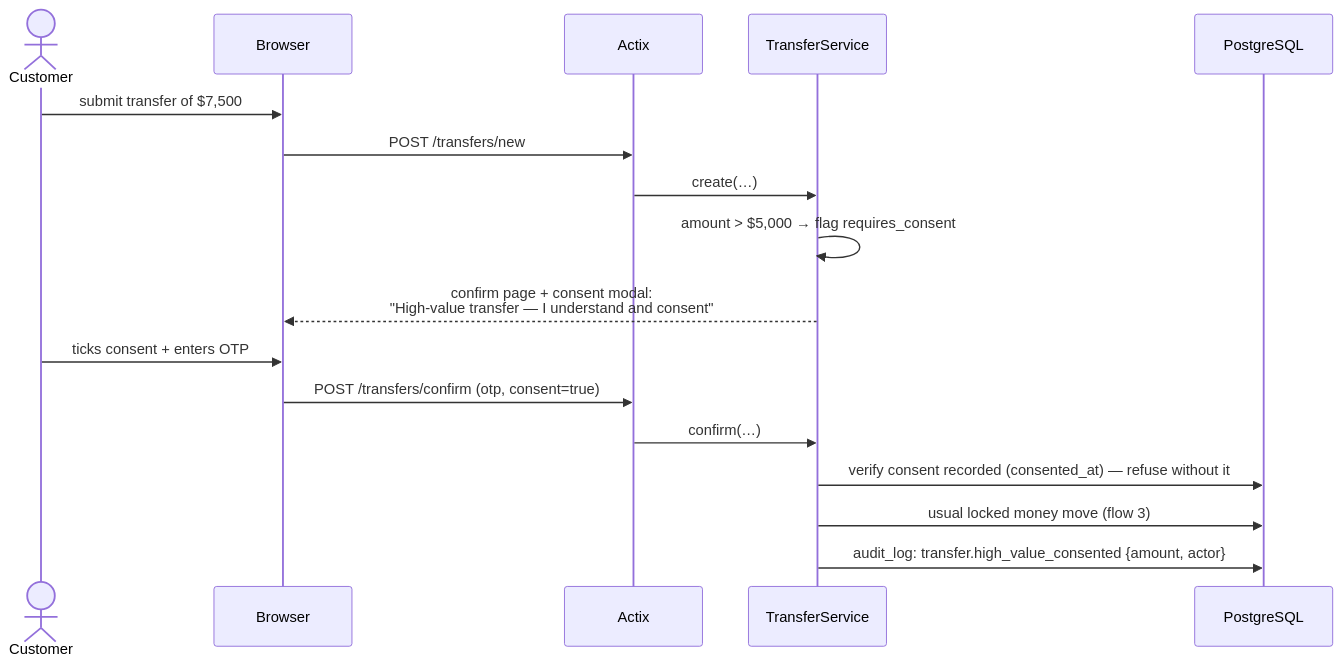
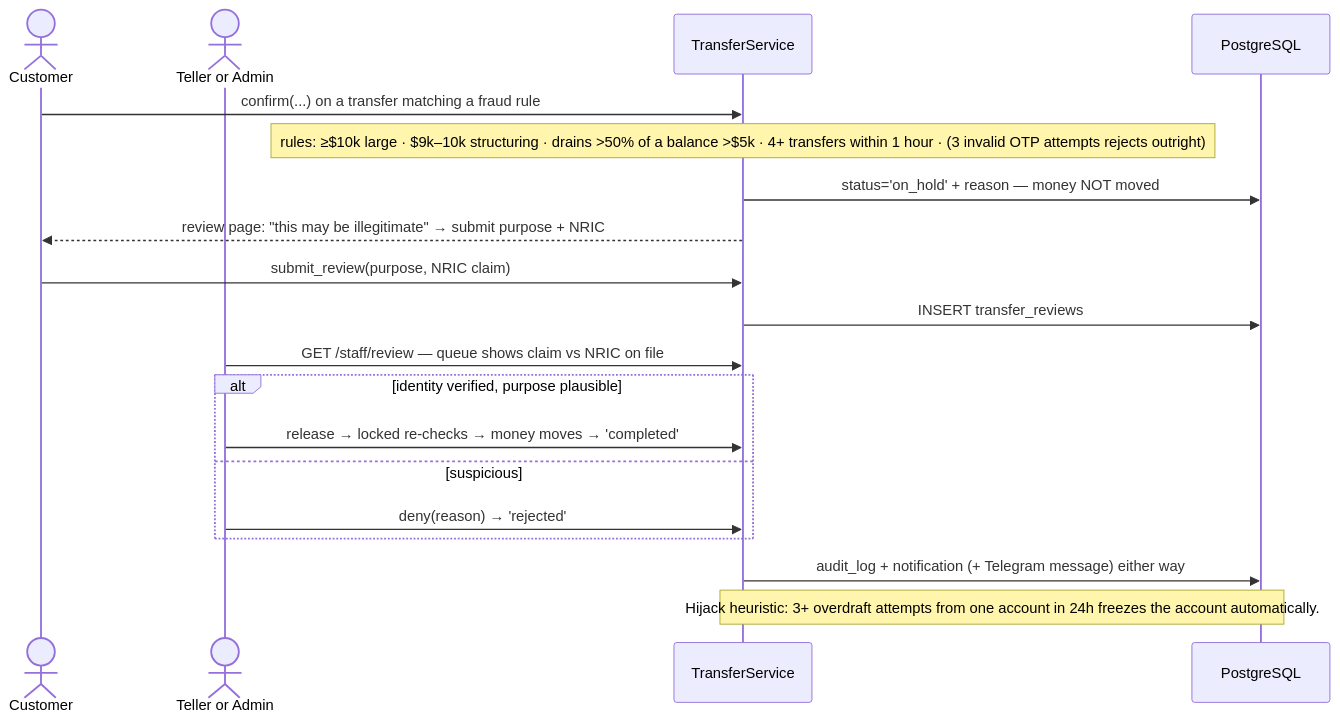
Before and after one commit to cthyuiii/FerroBank: the ninth of 12 diagrams in docs/FLOWS.md, drawn with Mermaid. The commit also changed other lines of this file and 64 other files, not shown here.

````diff
--- a/docs/FLOWS.md
+++ b/docs/FLOWS.md
@@ -245,20 +240,24 @@
 ```mermaid
 sequenceDiagram
     actor U as Customer
-    participant B as Browser
-    participant A as Actix
+    actor ST as Teller or Admin
     participant S as TransferService
     participant P as PostgreSQL
 
-    U->>B: submit transfer of $7,500
-    B->>A: POST /transfers/new
-    A->>S: create(…)
-    S->>S: amount > $5,000 → flag requires_consent
-    S-->>B: confirm page + consent modal:<br/>"High-value transfer — I understand and consent"
-    U->>B: ticks consent + enters OTP
-    B->>A: POST /transfers/confirm (otp, consent=true)
-    A->>S: confirm(…)
-    S->>P: verify consent recorded (consented_at) — refuse without it
-    S->>P: usual locked money move (flow 3)
-    S->>P: audit_log: transfer.high_value_consented {amount, actor}
+    U->>S: confirm(...) on a transfer matching a fraud rule
+    Note over S: rules: ≥$10k large · $9k–10k structuring · drains >50% of a balance >$5k · 4+ transfers within 1 hour · (3 invalid OTP attempts rejects outright)
+    S->>P: status='on_hold' + reason — money NOT moved
+    S-->>U: review page: "this may be illegitimate" → submit purpose + NRIC
+    U->>S: submit_review(purpose, NRIC claim)
+    S->>P: INSERT transfer_reviews
+
+    ST->>S: GET /staff/review — queue shows claim vs NRIC on file
+    alt identity verified, purpose plausible
+        ST->>S: release → locked re-checks → money moves → 'completed'
+    else suspicious
+        ST->>S: deny(reason) → 'rejected'
+    end
+    S->>P: audit_log + notification (+ Telegram message) either way
+
+    Note over S,P: Hijack heuristic: 3+ overdraft attempts from one account in 24h freezes the account automatically.
 ```
````
